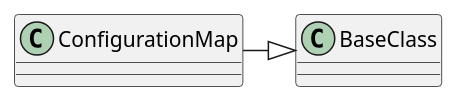
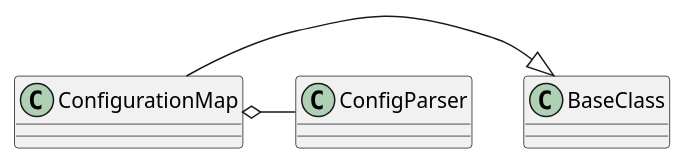
Before and after one commit to russell-n/theape: the diagram in arachneape/interface/configurationmap.rst, drawn with PlantUML. The commit also changed other lines of this file and 74 other files, not shown here.

```diff
--- a/arachneape/interface/configurationmap.rst
+++ b/arachneape/interface/configurationmap.rst
@@ -14,3 +14,4 @@
 .. uml::
 
    ConfigurationMap -|> BaseClass
+   ConfigurationMap o- ConfigParser
```
